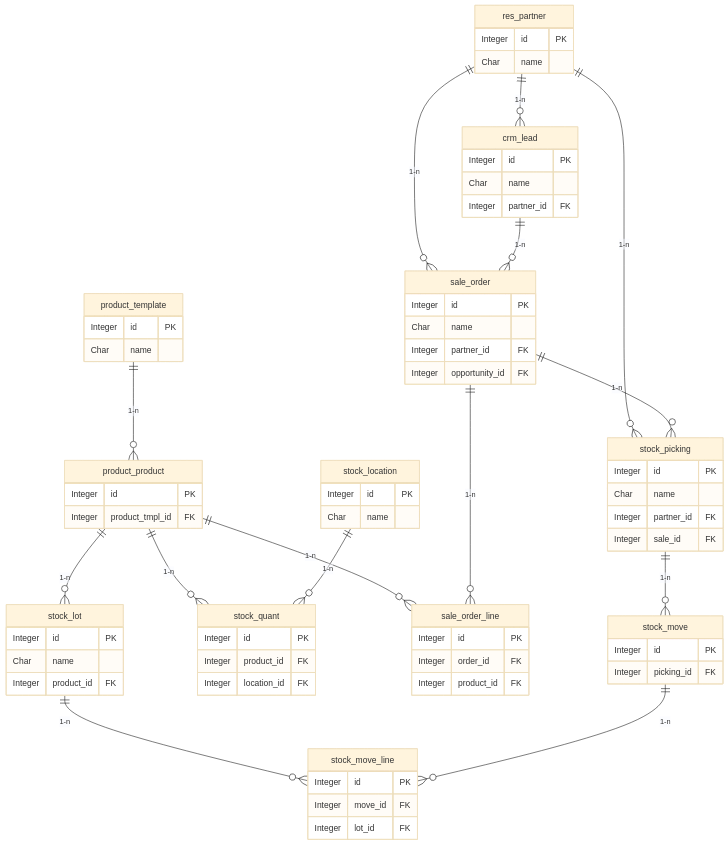
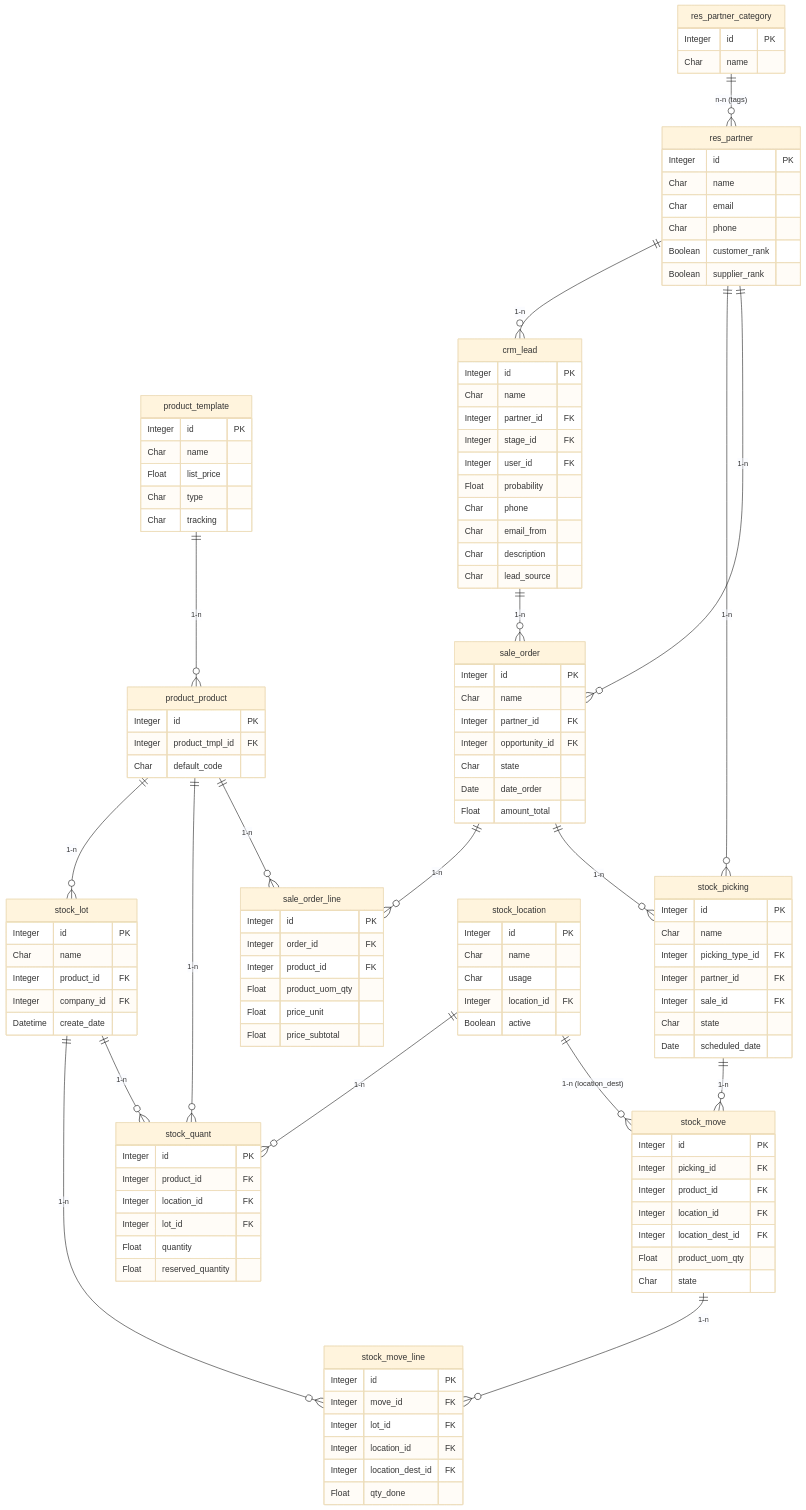
Before and after one commit to vophamk23/Odoo_Project: the first of 2 diagrams in docs/ERD.md, drawn with Mermaid (base theme). The commit also changed other lines of this file and 1 other file, not shown here.

Commit message:
docs: Đồng bộ hoá các trường tuỳ chỉnh và tên Stage giữa ERD, Test Cases và Architecture

````diff
--- a/docs/ERD.md
+++ b/docs/ERD.md
@@ -11,54 +17,88 @@
     product_product ||--o{ stock_quant : "1-n"
     product_product ||--o{ sale_order_line : "1-n"
     stock_lot ||--o{ stock_move_line : "1-n"
+    stock_lot ||--o{ stock_quant : "1-n"
     stock_picking ||--o{ stock_move : "1-n"
     stock_move ||--o{ stock_move_line : "1-n"
     stock_location ||--o{ stock_quant : "1-n"
+    stock_location ||--o{ stock_move : "1-n (location_dest)"
     res_partner ||--o{ crm_lead : "1-n"
     res_partner ||--o{ stock_picking : "1-n"
     res_partner ||--o{ sale_order : "1-n"
     crm_lead ||--o{ sale_order : "1-n"
     sale_order ||--o{ sale_order_line : "1-n"
     sale_order ||--o{ stock_picking : "1-n"
+    res_partner_category ||--o{ res_partner : "n-n (tags)"
 
     product_template {
         Integer id PK
         Char name
+        Float list_price
+        Char type
+        Char tracking
     }
     product_product {
         Integer id PK
         Integer product_tmpl_id FK
+        Char default_code
     }
     stock_lot {
         Integer id PK
         Char name
         Integer product_id FK
+        Integer company_id FK
+        Datetime create_date
     }
     stock_quant {
         Integer id PK
         Integer product_id FK
         Integer location_id FK
+        Integer lot_id FK
+        Float quantity
+        Float reserved_quantity
     }
     stock_picking {
         Integer id PK
         Char name
+        Integer picking_type_id FK
         Integer partner_id FK
         Integer sale_id FK
+        Char state
+        Date scheduled_date
     }
     stock_move {
         Integer id PK
         Integer picking_id FK
+        Integer product_id FK
+        Integer location_id FK
+        Integer location_dest_id FK
+        Float product_uom_qty
+        Char state
     }
     stock_move_line {
         Integer id PK
         Integer move_id FK
         Integer lot_id FK
+        Integer location_id FK
+        Integer location_dest_id FK
+        Float qty_done
     }
     stock_location {
         Integer id PK
         Char name
+        Char usage
+        Integer location_id FK
+        Boolean active
     }
     res_partner {
+        Integer id PK
+        Char name
+        Char email
+        Char phone
+        Boolean customer_rank
+        Boolean supplier_rank
+    }
+    res_partner_category {
         Integer id PK
         Char name
     }
@@ -66,16 +106,29 @@
         Integer id PK
         Char name
         Integer partner_id FK
+        Integer stage_id FK
+        Integer user_id FK
+        Float probability
+        Char phone
+        Char email_from
+        Char description
+        Char lead_source
     }
     sale_order {
         Integer id PK
         Char name
         Integer partner_id FK
         Integer opportunity_id FK
+        Char state
+        Date date_order
+        Float amount_total
     }
     sale_order_line {
         Integer id PK
         Integer order_id FK
         Integer product_id FK
+        Float product_uom_qty
+        Float price_unit
+        Float price_subtotal
     }
 ```
````
